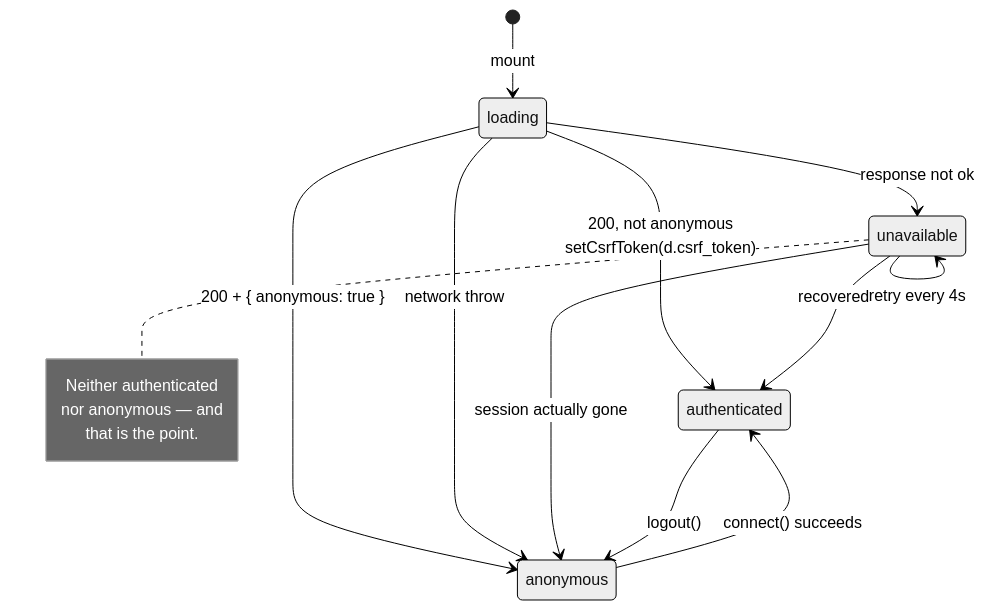
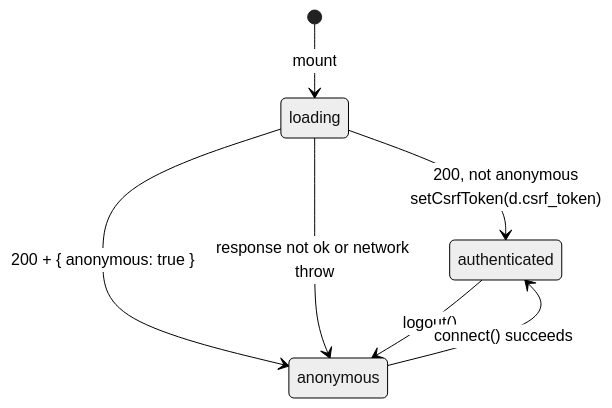
Before and after one commit to dhruvviveksharma/QiitaExplore: the third of 3 diagrams in docs/08-frontend.md, drawn with Mermaid (neutral theme). The commit also changed other lines of this file and 18 other files, not shown here.

````diff
--- a/docs/08-frontend.md
+++ b/docs/08-frontend.md
@@ -357,22 +357,11 @@
 ```mermaid
 stateDiagram-v2
     [*] --> loading: mount
 
     loading --> authenticated: 200, not anonymous<br/>setCsrfToken(d.csrf_token)
     loading --> anonymous: 200 + { anonymous: true }
-    loading --> unavailable: response not ok
-    loading --> anonymous: network throw
-
-    unavailable --> unavailable: retry every 4s
-    unavailable --> authenticated: recovered
-    unavailable --> anonymous: session actually gone
+    loading --> anonymous: response not ok or network throw
 
     authenticated --> anonymous: logout()
     anonymous --> authenticated: connect() succeeds
-
-    note right of unavailable
-        Neither authenticated
-        nor anonymous — and
-        that is the point.
-    end note
 ```
````
